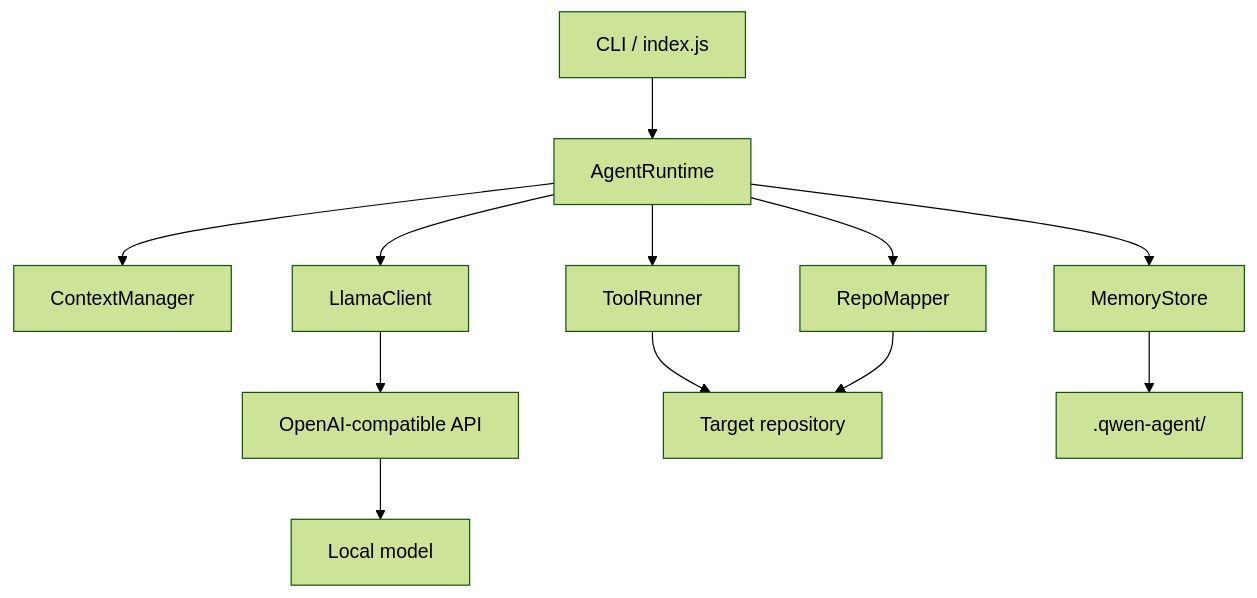
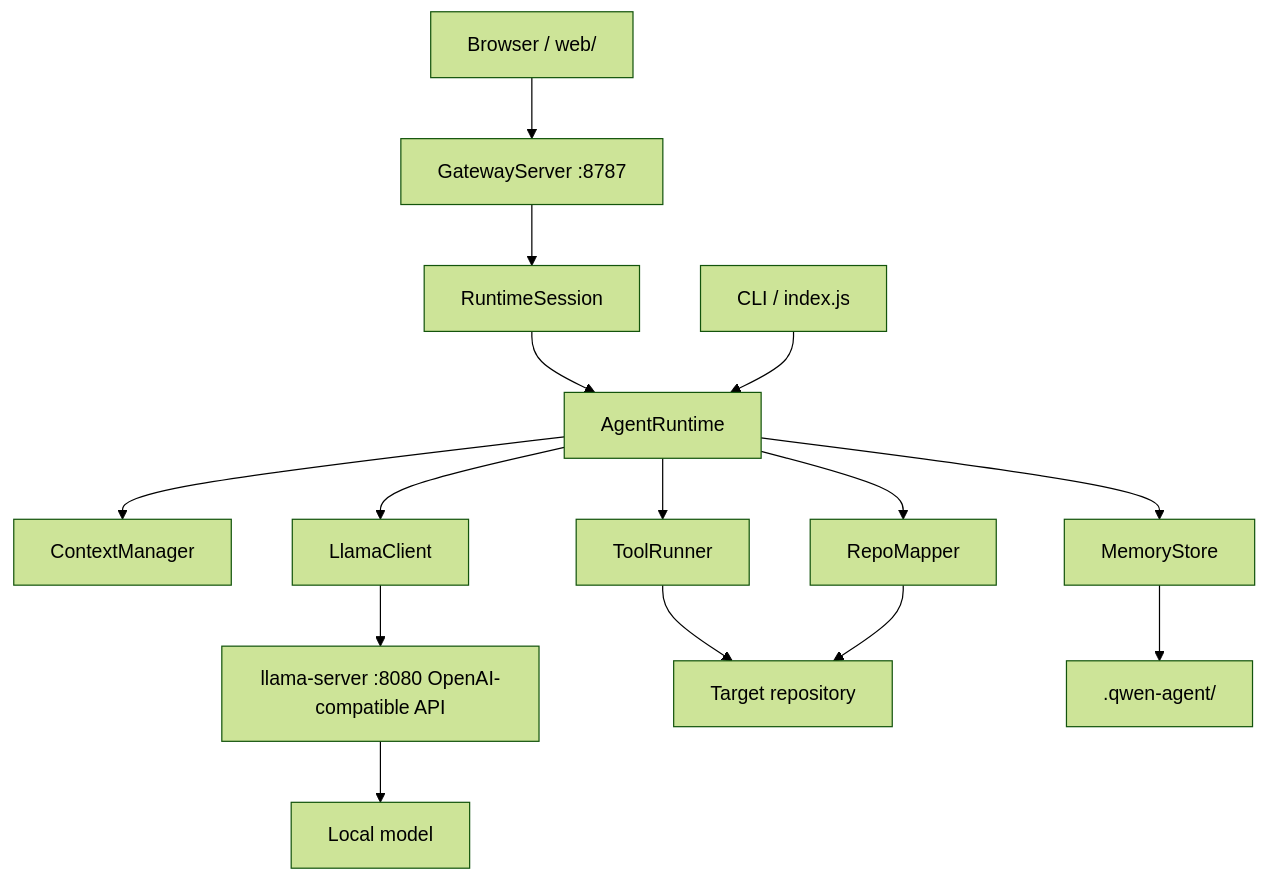
Before and after one commit to HayronHgh/context-os: the second of 3 diagrams in docs/ARCHITECTURE.md, drawn with Mermaid (forest theme). The commit also changed other lines of this file and 32 other files, not shown here.

Commit message:
feat(gateway): add runtime chat interface

````diff
--- a/docs/ARCHITECTURE.md
+++ b/docs/ARCHITECTURE.md
@@ -47,14 +48,17 @@
 ```mermaid
 flowchart TD
+    WEB["Browser / web/"] --> GW["GatewayServer :8787"]
+    GW --> RS["RuntimeSession"]
+    RS --> AR
     CLI["CLI / index.js"] --> AR["AgentRuntime"]
     AR --> CM["ContextManager"]
     AR --> TR["ToolRunner"]
     AR --> MS["MemoryStore"]
     AR --> RM["RepoMapper"]
     AR --> LC["LlamaClient"]
-    LC --> API["OpenAI-compatible API"]
+    LC --> API["llama-server :8080 OpenAI-compatible API"]
     API --> MODEL["Local model"]
     TR --> REPO["Target repository"]
     RM --> REPO
     MS --> DISK[".qwen-agent/"]
 ```
````
